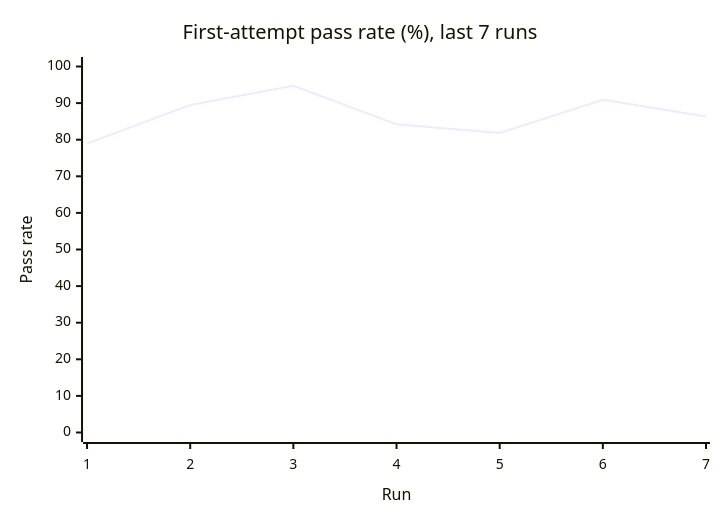
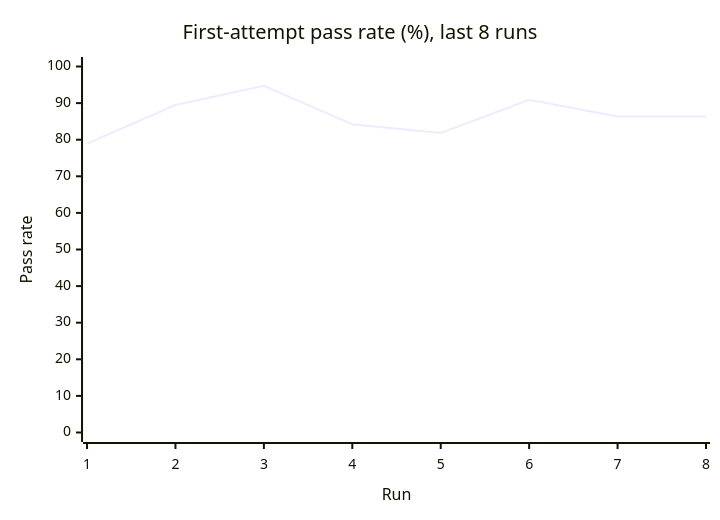
The first of 3 diagrams in reports/summary.md (Shirojoufu/Flaky-Test-Lab), drawn with Mermaid before and after one commit. The commit also changed other lines of this file and 7 other files, not shown here.

````diff
--- a/reports/summary.md
+++ b/reports/summary.md
@@ -43,7 +44,7 @@
 ```mermaid
 xychart-beta
-    title "First-attempt pass rate (%), last 7 runs"
-    x-axis "Run" [1, 2, 3, 4, 5, 6, 7]
+    title "First-attempt pass rate (%), last 8 runs"
+    x-axis "Run" [1, 2, 3, 4, 5, 6, 7, 8]
     y-axis "Pass rate" 0 --> 100
-    line [78.95, 89.47, 94.74, 84.21, 81.82, 90.91, 86.36]
+    line [78.95, 89.47, 94.74, 84.21, 81.82, 90.91, 86.36, 86.36]
 ```
````
